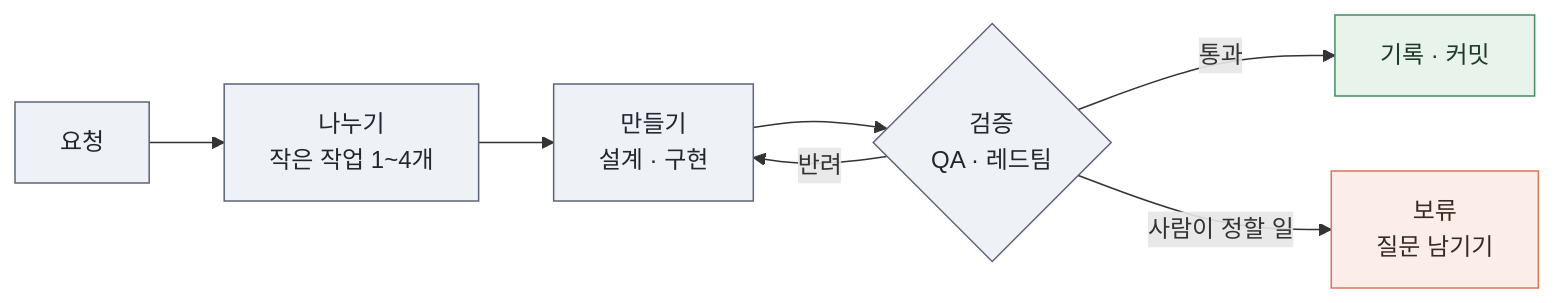
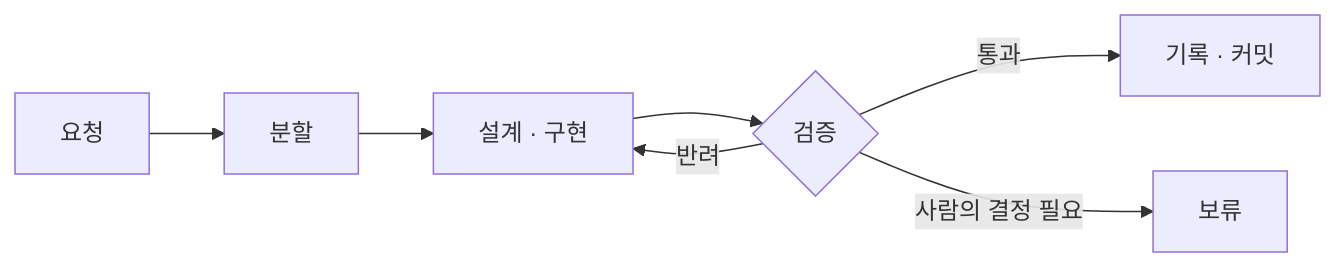
One commit to krime1004/claude-harness-skills changed the diagram in README.md. Above: the diagram before and after it, drawn with Mermaid. The commit also changed other lines of this file, not shown here.

````diff
--- a/README.md
+++ b/README.md
@@ -92,16 +48,9 @@
 ```mermaid
 flowchart LR
-    A["요청"] --> B["나누기<br/>작은 작업 1~4개"]
-    B --> C["만들기<br/>설계 · 구현"]
-    C --> D{"검증<br/>QA · 레드팀"}
+    A["요청"] --> B["분할"]
+    B --> C["설계 · 구현"]
+    C --> D{"검증"}
     D -- "반려" --> C
     D -- "통과" --> E["기록 · 커밋"]
-    D -- "사람이 정할 일" --> F["보류<br/>질문 남기기"]
-
-    classDef step fill:#eef1f6,stroke:#5b6478,color:#22262f
-    classDef ok fill:#e8f3ec,stroke:#3f8f5f,color:#1d3a28
-    classDef hold fill:#fbeee8,stroke:#d97757,color:#3b2a24
-    class A,B,C,D step
-    class E ok
-    class F hold
+    D -- "사람의 결정 필요" --> F["보류"]
 ```
````
